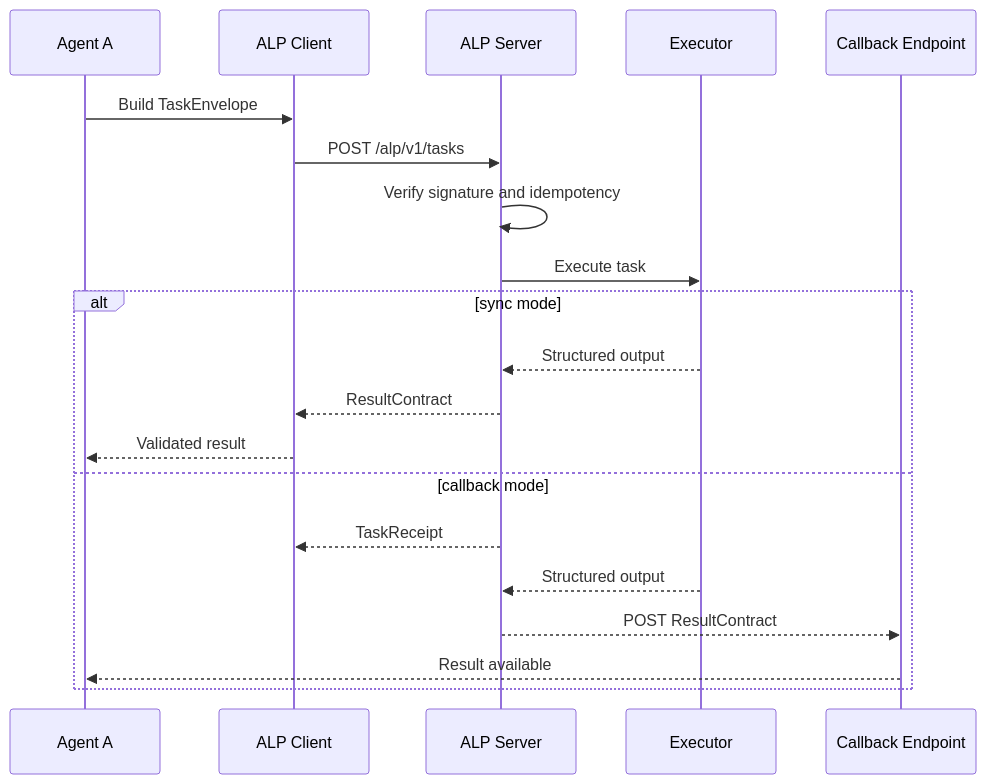
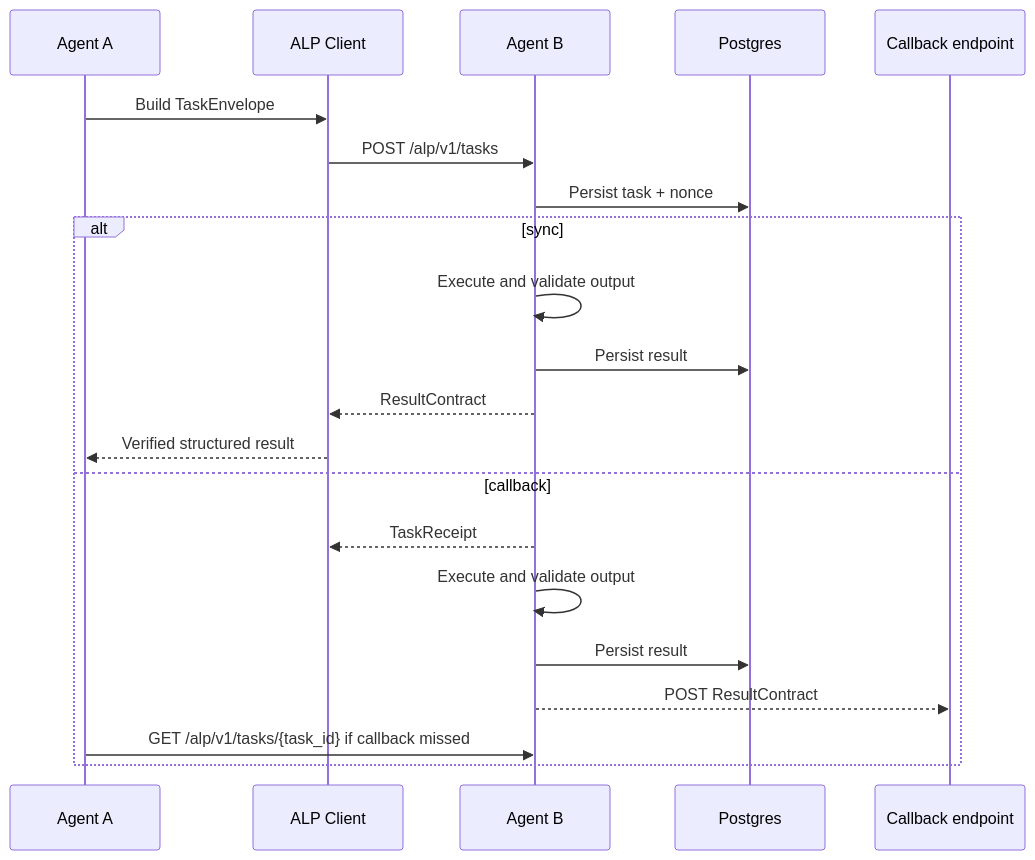
The second of 2 diagrams in README.md (pythonstuff8/ALP), drawn with Mermaid before and after one commit. The commit also changed other lines of this file and 30 other files, not shown here.

````diff
--- a/README.md
+++ b/README.md
@@ -56,24 +43,24 @@
 ```mermaid
 sequenceDiagram
   participant A as Agent A
   participant C as ALP Client
-  participant S as ALP Server
-  participant E as Executor
-  participant CB as Callback Endpoint
+  participant B as Agent B
+  participant DB as Postgres
+  participant CB as Callback endpoint
 
   A->>C: Build TaskEnvelope
-  C->>S: POST /alp/v1/tasks
-  S->>S: Verify signature and idempotency
-  S->>E: Execute task
-
-  alt sync mode
-    E-->>S: Structured output
-    S-->>C: ResultContract
-    C-->>A: Validated result
-  else callback mode
-    S-->>C: TaskReceipt
-    E-->>S: Structured output
-    S-->>CB: POST ResultContract
-    CB-->>A: Result available
+  C->>B: POST /alp/v1/tasks
+  B->>DB: Persist task + nonce
+  alt sync
+    B->>B: Execute and validate output
+    B->>DB: Persist result
+    B-->>C: ResultContract
+    C-->>A: Verified structured result
+  else callback
+    B-->>C: TaskReceipt
+    B->>B: Execute and validate output
+    B->>DB: Persist result
+    B-->>CB: POST ResultContract
+    A->>B: GET /alp/v1/tasks/{task_id} if callback missed
   end
 ```
````
